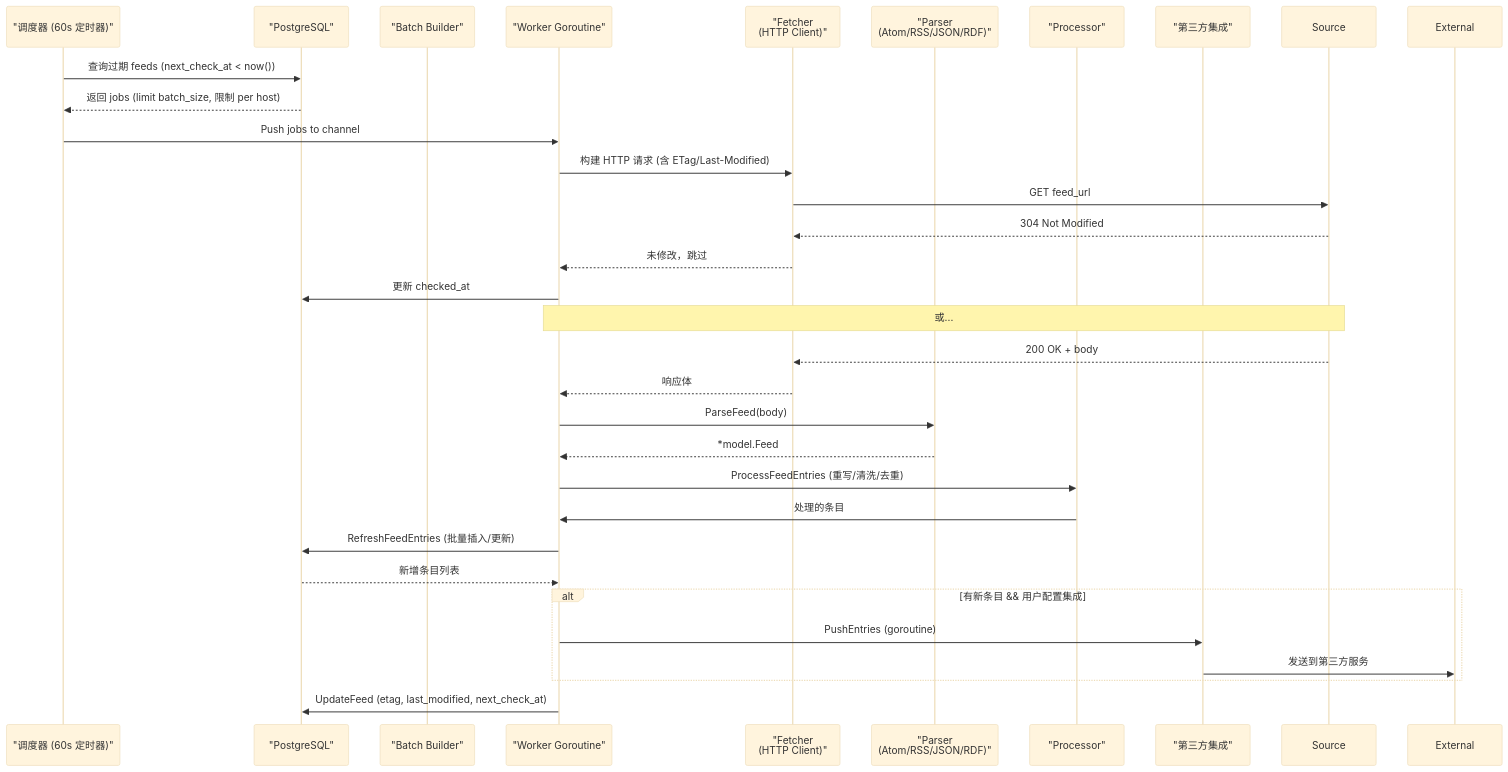
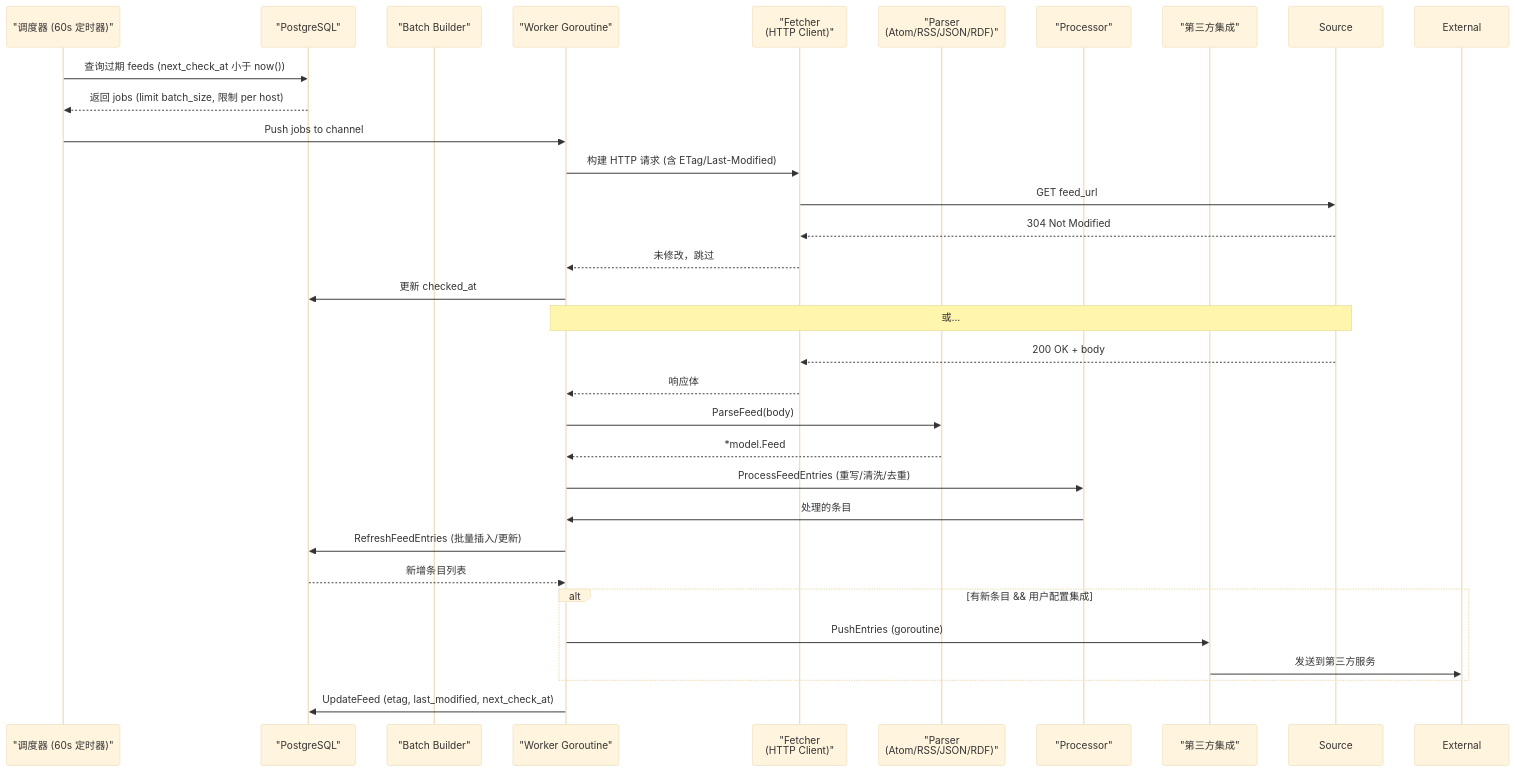
One commit to wangbinyq/opensource-arch changed the ninth of 11 diagrams in analyses/miniflux/README.md. Above: the diagram before and after it, drawn with Mermaid (base theme). The commit also changed other lines of this file and 1 other file, not shown here.

Commit message:
fix: 修复 mermaid 序列图中特殊字符导致渲染异常
- miniflux: less than now() 替代 now()，避免 mermaid 将 < 解释为 HTML 标签
- redlib: 用 [token] 替代 &amp;lt;token&amp;gt;，避免双重转义

````diff
--- a/analyses/miniflux/README.md
+++ b/analyses/miniflux/README.md
@@ -479,34 +479,34 @@
 ```mermaid
 sequenceDiagram
     participant Cron as "调度器 (60s 定时器)"
     participant DB as "PostgreSQL"
     participant Batch as "Batch Builder"
     participant Worker as "Worker Goroutine"
     participant Fetcher as "Fetcher<br/>(HTTP Client)"
     participant Parser as "Parser<br/>(Atom/RSS/JSON/RDF)"
     participant Processor as "Processor"
     participant Integration as "第三方集成"
 
-    Cron->>DB: 查询过期 feeds (next_check_at < now())
+    Cron->>DB: 查询过期 feeds (next_check_at 小于 now())
     DB-->>Cron: 返回 jobs (limit batch_size, 限制 per host)
     Cron->>Worker: Push jobs to channel
     Worker->>Fetcher: 构建 HTTP 请求 (含 ETag/Last-Modified)
     Fetcher->>Source: GET feed_url
     Source-->>Fetcher: 304 Not Modified
     Fetcher-->>Worker: 未修改，跳过
     Worker->>DB: 更新 checked_at
     Note over Worker,Source: 或...
     Source-->>Fetcher: 200 OK + body
     Fetcher-->>Worker: 响应体
     Worker->>Parser: ParseFeed(body)
     Parser-->>Worker: *model.Feed
     Worker->>Processor: ProcessFeedEntries (重写/清洗/去重)
     Processor->>Worker: 处理的条目
     Worker->>DB: RefreshFeedEntries (批量插入/更新)
     DB-->>Worker: 新增条目列表
     alt 有新条目 && 用户配置集成
         Worker->>Integration: PushEntries (goroutine)
         Integration->>External: 发送到第三方服务
     end
     Worker->>DB: UpdateFeed (etag, last_modified, next_check_at)
 ```
````
